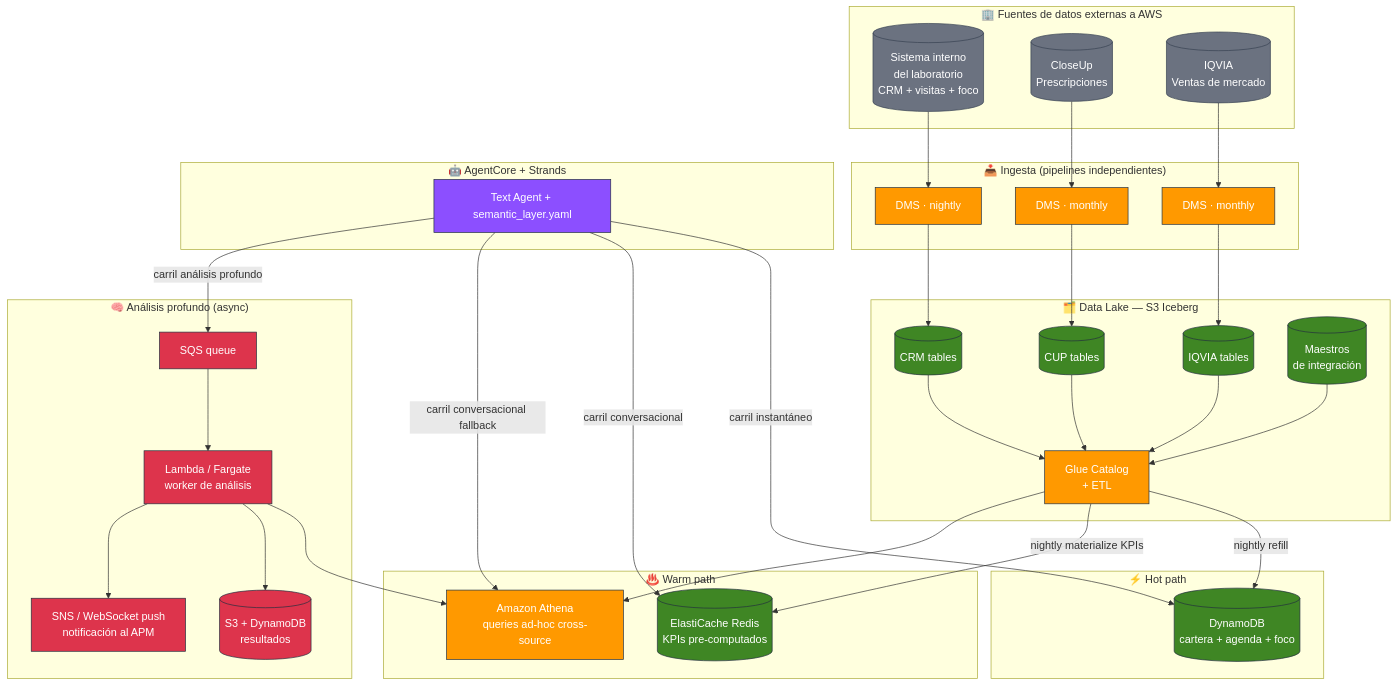
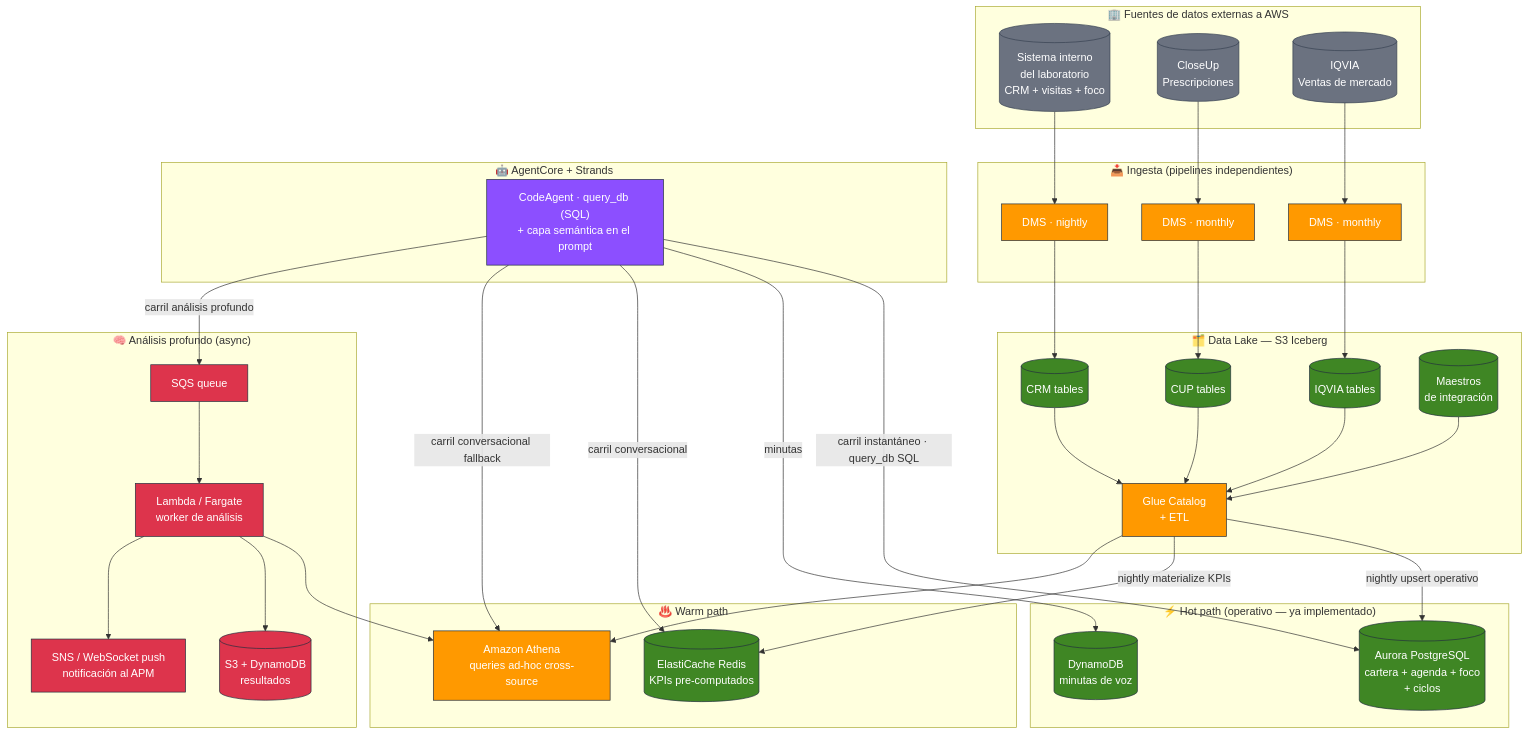
The first of 2 diagrams in docs/road-to-prod.md (hmancinifranco/pharmassist), drawn with Mermaid before and after one commit. The commit also changed other lines of this file, not shown here.

````diff
--- a/docs/road-to-prod.md
+++ b/docs/road-to-prod.md
@@ -254,76 +264,78 @@
 ```mermaid
 flowchart TB
     subgraph Ext["🏢 Fuentes de datos externas a AWS"]
         CRMINT[("Sistema interno<br/>del laboratorio<br/>CRM + visitas + foco")]
         CUP[("CloseUp<br/>Prescripciones")]
         IQVIA[("IQVIA<br/>Ventas de mercado")]
     end
 
     subgraph Ingest["📥 Ingesta (pipelines independientes)"]
         DMS1["DMS · nightly"]
         DMS2["DMS · monthly"]
         DMS3["DMS · monthly"]
     end
 
     subgraph Lake["🗂️ Data Lake — S3 Iceberg"]
         S3CRM[("CRM tables")]
         S3CUP[("CUP tables")]
         S3IQV[("IQVIA tables")]
         MAESTROS[("Maestros<br/>de integración")]
         GLUE["Glue Catalog<br/>+ ETL"]
     end
 
-    subgraph Hot["⚡ Hot path"]
-        DDB[("DynamoDB<br/>cartera + agenda + foco")]
+    subgraph Hot["⚡ Hot path (operativo — ya implementado)"]
+        AUR[("Aurora PostgreSQL<br/>cartera + agenda + foco<br/>+ ciclos")]
+        DDBM[("DynamoDB<br/>minutas de voz")]
     end
 
     subgraph Warm["♨️ Warm path"]
         REDIS[("ElastiCache Redis<br/>KPIs pre-computados")]
         ATHENA["Amazon Athena<br/>queries ad-hoc cross-source"]
     end
 
     subgraph Async["🧠 Análisis profundo (async)"]
         SQS["SQS queue"]
         WORKER["Lambda / Fargate<br/>worker de análisis"]
         STORE[("S3 + DynamoDB<br/>resultados")]
         SNS["SNS / WebSocket push<br/>notificación al APM"]
     end
 
     subgraph Agent["🤖 AgentCore + Strands"]
-        AGT["Text Agent + semantic_layer.yaml"]
+        AGT["CodeAgent · query_db (SQL)<br/>+ capa semántica en el prompt"]
     end
 
     CRMINT --> DMS1 --> S3CRM
     CUP --> DMS2 --> S3CUP
     IQVIA --> DMS3 --> S3IQV
 
     S3CRM --> GLUE
     S3CUP --> GLUE
     S3IQV --> GLUE
     MAESTROS --> GLUE
 
-    GLUE -->|nightly refill| DDB
+    GLUE -->|nightly upsert operativo| AUR
     GLUE -->|nightly materialize KPIs| REDIS
     GLUE --> ATHENA
 
-    AGT -->|carril instantáneo| DDB
+    AGT -->|carril instantáneo · query_db SQL| AUR
+    AGT -->|minutas| DDBM
     AGT -->|carril conversacional| REDIS
     AGT -->|carril conversacional fallback| ATHENA
     AGT -->|carril análisis profundo| SQS
     SQS --> WORKER
     WORKER --> ATHENA
     WORKER --> STORE
     WORKER --> SNS
 
     classDef ext fill:#6B7280,stroke:#374151,color:#fff
     classDef aws fill:#FF9900,stroke:#232F3E,color:#fff
     classDef data fill:#3F8624,stroke:#232F3E,color:#fff
     classDef agent fill:#8C4FFF,stroke:#232F3E,color:#fff
     classDef async fill:#DD344C,stroke:#232F3E,color:#fff
 
     class CRMINT,CUP,IQVIA ext
     class DMS1,DMS2,DMS3,ATHENA,GLUE aws
-    class S3CRM,S3CUP,S3IQV,MAESTROS,DDB,REDIS data
+    class S3CRM,S3CUP,S3IQV,MAESTROS,AUR,DDBM,REDIS data
     class AGT agent
     class SQS,WORKER,STORE,SNS async
 ```
````
